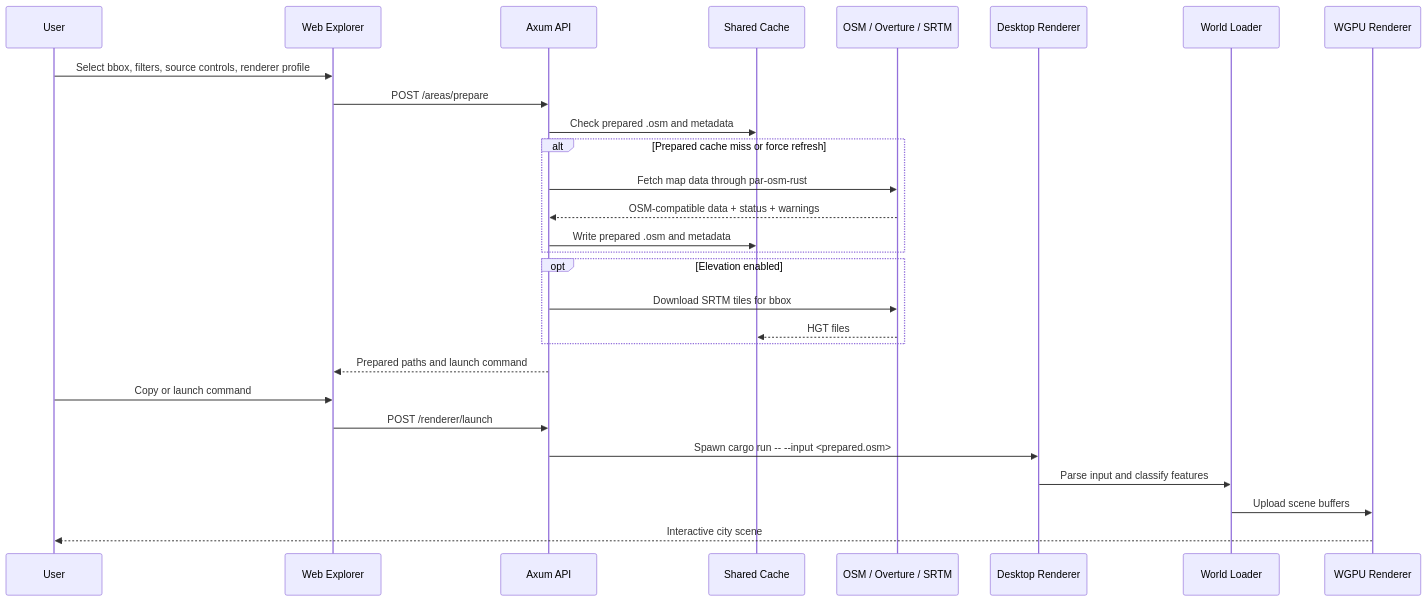
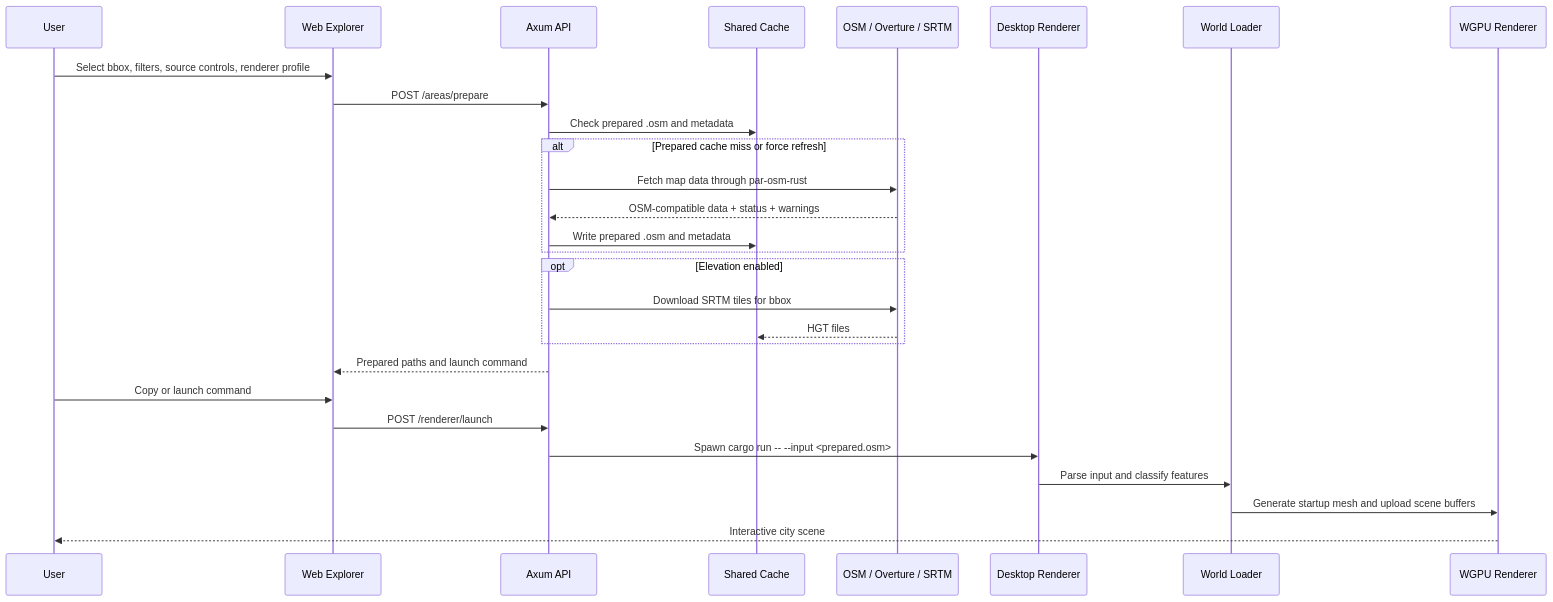
The third of 3 diagrams in docs/ARCHITECTURE.md (paulrobello/osm-world), drawn with Mermaid before and after one commit. The commit also changed other lines of this file and 2 other files, not shown here.

````diff
--- a/docs/ARCHITECTURE.md
+++ b/docs/ARCHITECTURE.md
@@ -196,31 +196,31 @@
 ```mermaid
 sequenceDiagram
     participant User as User
     participant Web as Web Explorer
     participant API as Axum API
     participant Cache as Shared Cache
     participant Sources as OSM / Overture / SRTM
     participant Renderer as Desktop Renderer
     participant Loader as World Loader
     participant GPU as WGPU Renderer
 
     User->>Web: Select bbox, filters, source controls, renderer profile
     Web->>API: POST /areas/prepare
     API->>Cache: Check prepared .osm and metadata
     alt Prepared cache miss or force refresh
         API->>Sources: Fetch map data through par-osm-rust
         Sources-->>API: OSM-compatible data + status + warnings
         API->>Cache: Write prepared .osm and metadata
     end
     opt Elevation enabled
         API->>Sources: Download SRTM tiles for bbox
         Sources-->>Cache: HGT files
     end
     API-->>Web: Prepared paths and launch command
     User->>Web: Copy or launch command
     Web->>API: POST /renderer/launch
     API->>Renderer: Spawn cargo run -- --input <prepared.osm>
     Renderer->>Loader: Parse input and classify features
-    Loader->>GPU: Upload scene buffers
+    Loader->>GPU: Generate startup mesh and upload scene buffers
     GPU-->>User: Interactive city scene
 ```
````
